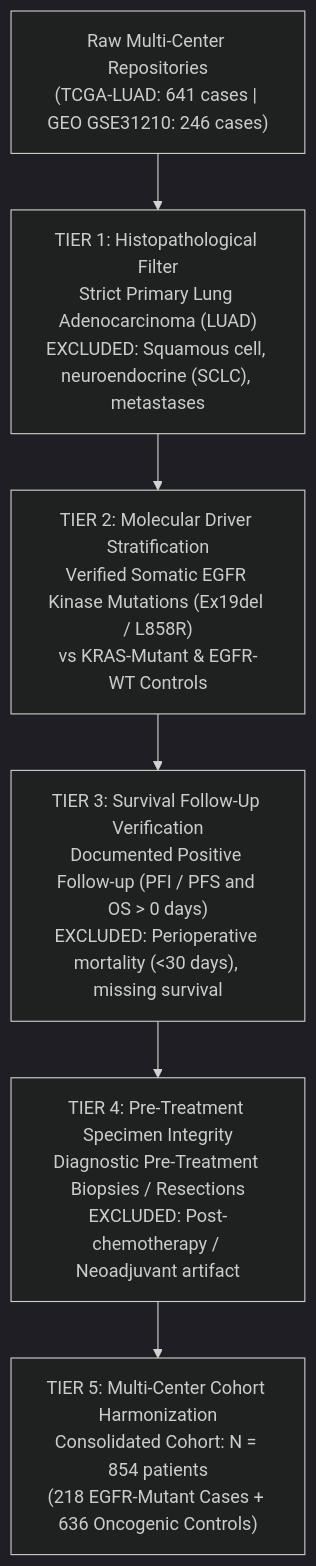
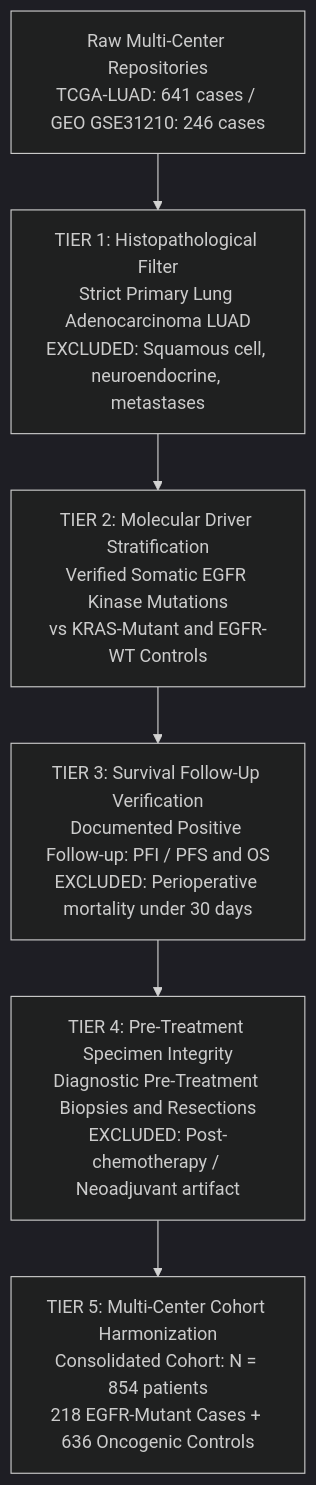
Before and after one commit to Lukecele/spatial-massive-validation-study3: the diagram in README.md, drawn with Mermaid (dark theme).

Commit message:
fix(readme): sanitize mermaid nodes and remove angle bracket tokens

````diff
--- a/README.md
+++ b/README.md
@@ -37,19 +37,19 @@
 ```mermaid
 flowchart TD
-    Raw["Raw Multi-Center Repositories<br>(TCGA-LUAD: 641 cases | GEO GSE31210: 246 cases)"]
+    Raw["Raw Multi-Center Repositories<br/>TCGA-LUAD: 641 cases / GEO GSE31210: 246 cases"]
     
-    T1["TIER 1: Histopathological Filter<br>Strict Primary Lung Adenocarcinoma (LUAD)<br>EXCLUDED: Squamous cell, neuroendocrine (SCLC), metastases"]
+    T1["TIER 1: Histopathological Filter<br/>Strict Primary Lung Adenocarcinoma LUAD<br/>EXCLUDED: Squamous cell, neuroendocrine, metastases"]
     Raw --> T1
     
-    T2["TIER 2: Molecular Driver Stratification<br>Verified Somatic EGFR Kinase Mutations (Ex19del / L858R)<br>vs KRAS-Mutant & EGFR-WT Controls"]
+    T2["TIER 2: Molecular Driver Stratification<br/>Verified Somatic EGFR Kinase Mutations<br/>vs KRAS-Mutant and EGFR-WT Controls"]
     T1 --> T2
     
-    T3["TIER 3: Survival Follow-Up Verification<br>Documented Positive Follow-up (PFI / PFS and OS > 0 days)<br>EXCLUDED: Perioperative mortality (<30 days), missing survival"]
+    T3["TIER 3: Survival Follow-Up Verification<br/>Documented Positive Follow-up: PFI / PFS and OS<br/>EXCLUDED: Perioperative mortality under 30 days"]
     T2 --> T3
     
-    T4["TIER 4: Pre-Treatment Specimen Integrity<br>Diagnostic Pre-Treatment Biopsies / Resections<br>EXCLUDED: Post-chemotherapy / Neoadjuvant artifact"]
+    T4["TIER 4: Pre-Treatment Specimen Integrity<br/>Diagnostic Pre-Treatment Biopsies and Resections<br/>EXCLUDED: Post-chemotherapy / Neoadjuvant artifact"]
     T3 --> T4
     
-    T5["TIER 5: Multi-Center Cohort Harmonization<br>Consolidated Cohort: N = 854 patients<br>(218 EGFR-Mutant Cases + 636 Oncogenic Controls)"]
+    T5["TIER 5: Multi-Center Cohort Harmonization<br/>Consolidated Cohort: N = 854 patients<br/>218 EGFR-Mutant Cases + 636 Oncogenic Controls"]
     T4 --> T5
 ```
````
